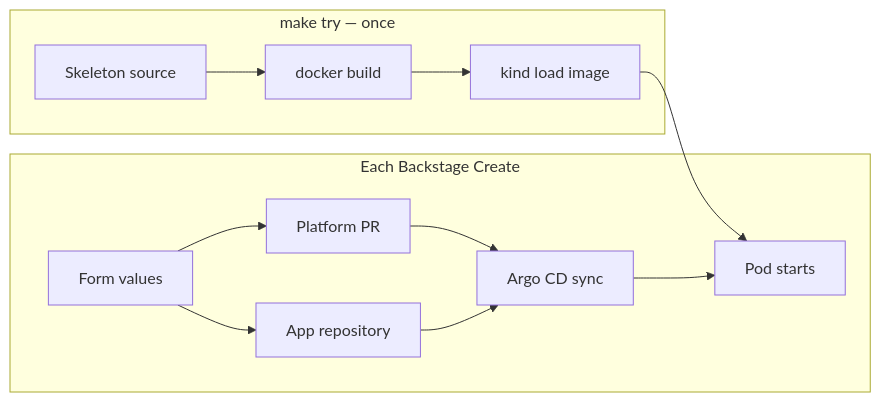
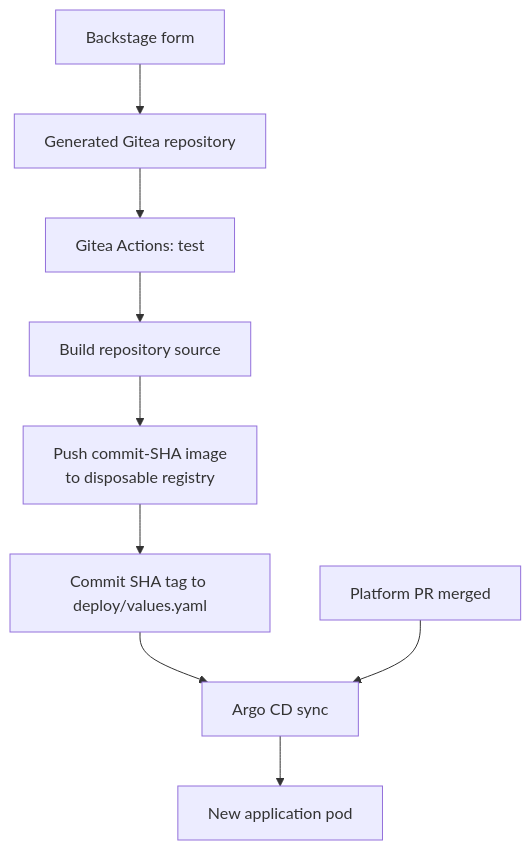
Before and after one commit to yu-min3/kensan-lab: the second of 3 diagrams in docs/getting-started/kind-explained.md, drawn with Mermaid. The commit also changed other lines of this file and 12 other files, not shown here.

````diff
--- a/docs/getting-started/kind-explained.md
+++ b/docs/getting-started/kind-explained.md
@@ -45,15 +46,11 @@
 ```mermaid
-flowchart LR
-    subgraph Startup[make try — once]
-      S[Skeleton source] --> B[docker build]
-      B --> L[kind load image]
-    end
-    subgraph Create[Each Backstage Create]
-      F[Form values] --> R[App repository]
-      F --> P[Platform PR]
-      P --> A[Argo CD sync]
-      R --> A
-      L --> Pod[Pod starts]
-      A --> Pod
-    end
+flowchart TD
+    F[Backstage form] --> R[Generated Gitea repository]
+    R --> T[Gitea Actions: test]
+    T --> B[Build repository source]
+    B --> I[Push commit-SHA image<br/>to disposable registry]
+    I --> V[Commit SHA tag to deploy/values.yaml]
+    V --> A[Argo CD sync]
+    P[Platform PR merged] --> A
+    A --> Pod[New application pod]
 ```
````
